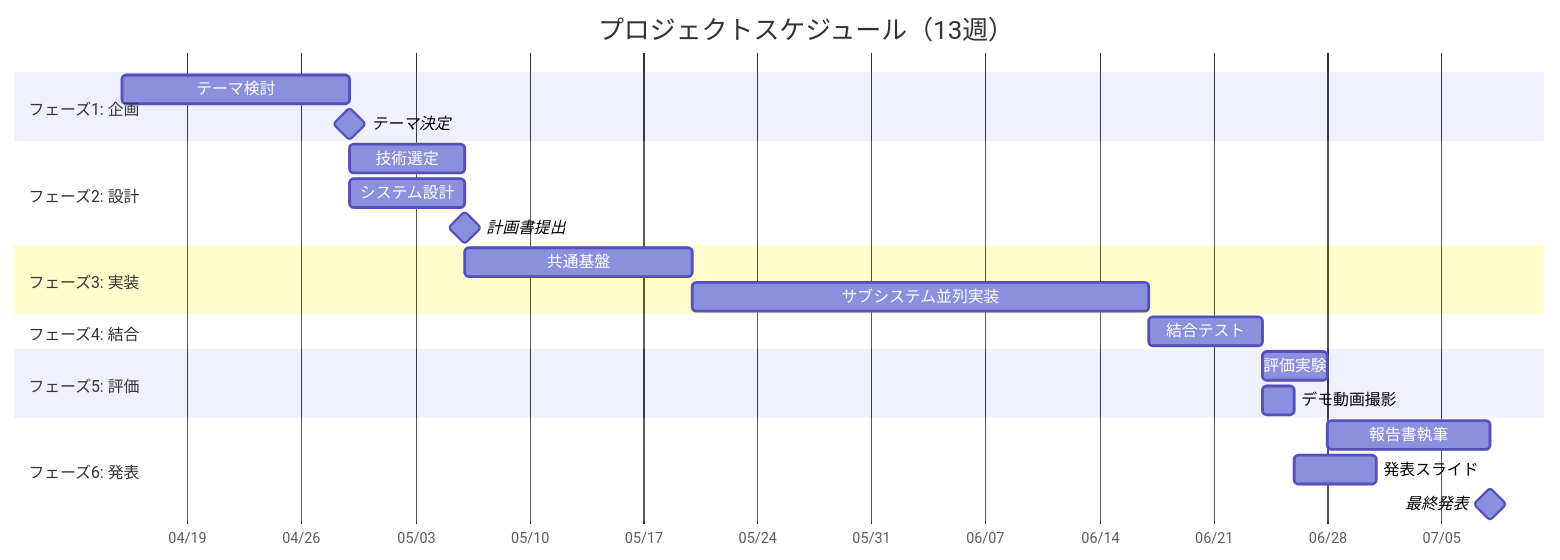
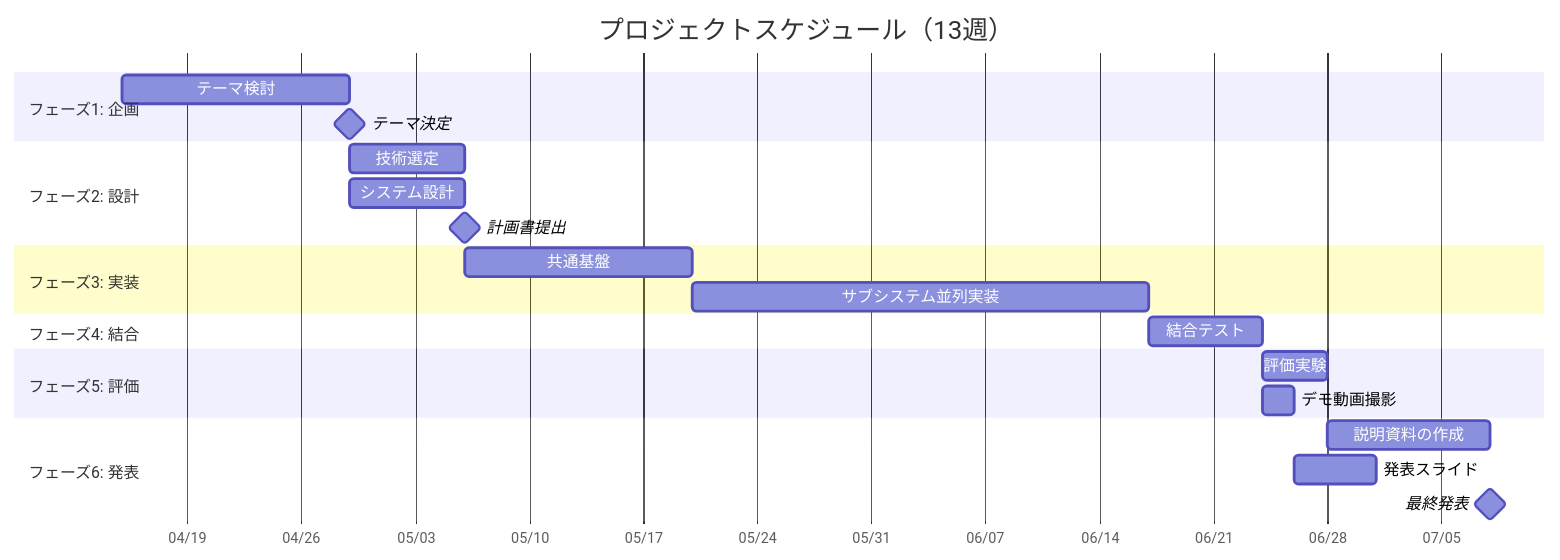
The second of 2 diagrams in meetings/gantt.md (takushio2525/codiha2026-ai-de-chiba), drawn with Mermaid before and after one commit. The commit also changed 4 other files, not shown here.

````diff
--- a/meetings/gantt.md
+++ b/meetings/gantt.md
@@ -26,31 +26,31 @@
 ```mermaid
 gantt
     title プロジェクトスケジュール（13週）
     dateFormat  YYYY-MM-DD
     axisFormat  %m/%d
 
     section フェーズ1: 企画
     テーマ検討          :a1, 2026-04-15, 14d
     テーマ決定          :milestone, after a1, 0d
 
     section フェーズ2: 設計
     技術選定            :a2, after a1, 7d
     システム設計        :a3, after a1, 7d
     計画書提出          :milestone, after a3, 0d
 
     section フェーズ3: 実装
     共通基盤            :b1, after a3, 14d
     サブシステム並列実装 :b2, after b1, 28d
 
     section フェーズ4: 結合
     結合テスト           :c1, after b2, 7d
 
     section フェーズ5: 評価
     評価実験             :d1, after c1, 4d
     デモ動画撮影         :d2, after c1, 2d
 
     section フェーズ6: 発表
-    報告書執筆           :e1, after d1, 10d
+    説明資料の作成       :e1, after d1, 10d
     発表スライド         :e2, after d2, 5d
     最終発表             :milestone, after e1, 0d
 ```
````
